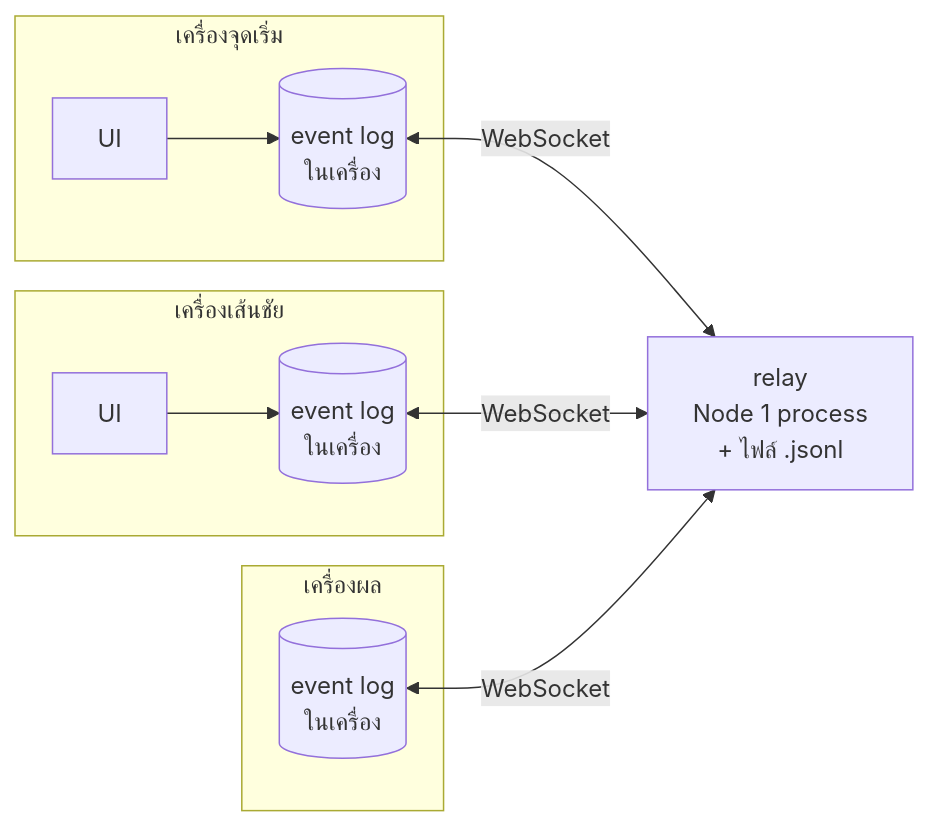
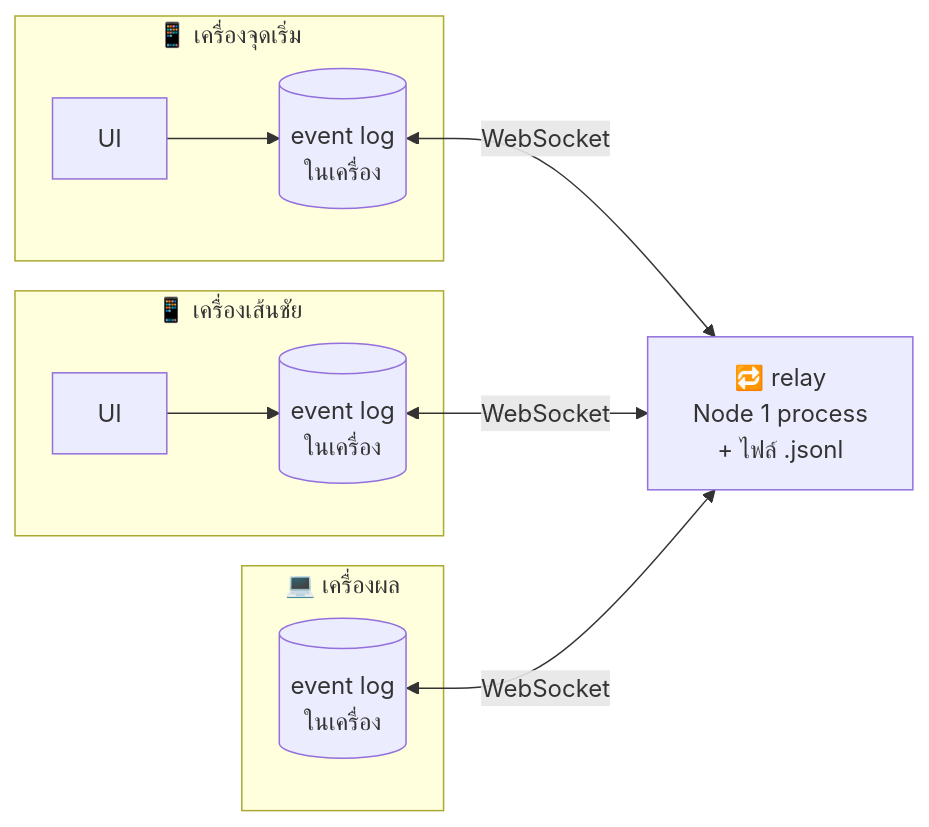
The diagram in README.md (nickkeepgoing/race-timer), drawn with Mermaid before and after one commit. The commit also changed other lines of this file, not shown here.

````diff
--- a/README.md
+++ b/README.md
@@ -20,15 +131,15 @@
 ```mermaid
 flowchart LR
-  subgraph S[เครื่องจุดเริ่ม]
+  subgraph S[📱 เครื่องจุดเริ่ม]
     S1[UI] --> S2[(event log<br/>ในเครื่อง)]
   end
-  subgraph F[เครื่องเส้นชัย]
+  subgraph F[📱 เครื่องเส้นชัย]
     F1[UI] --> F2[(event log<br/>ในเครื่อง)]
   end
-  subgraph R[เครื่องผล]
+  subgraph R[💻 เครื่องผล]
     R2[(event log<br/>ในเครื่อง)]
   end
-  S2 <-- WebSocket --> X[relay<br/>Node 1 process<br/>+ ไฟล์ .jsonl]
+  S2 <-- WebSocket --> X[🔁 relay<br/>Node 1 process<br/>+ ไฟล์ .jsonl]
   F2 <-- WebSocket --> X
   R2 <-- WebSocket --> X
 ```
````
